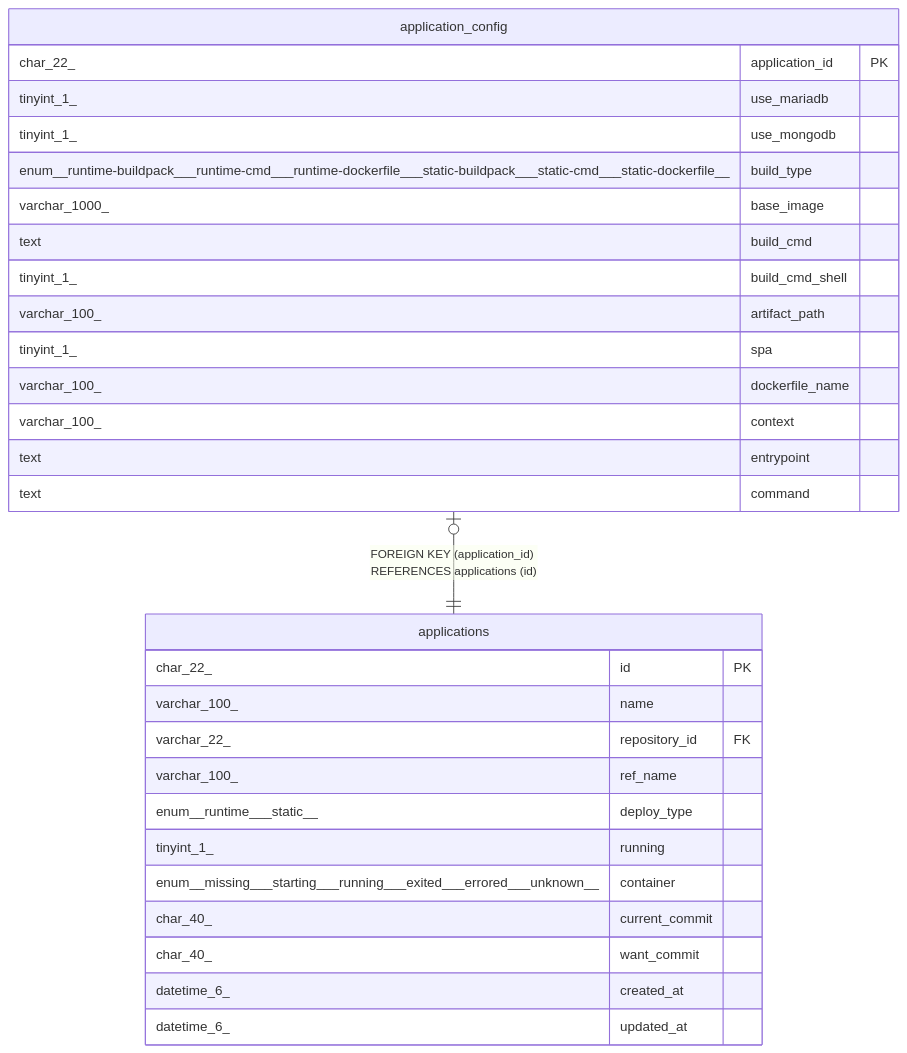
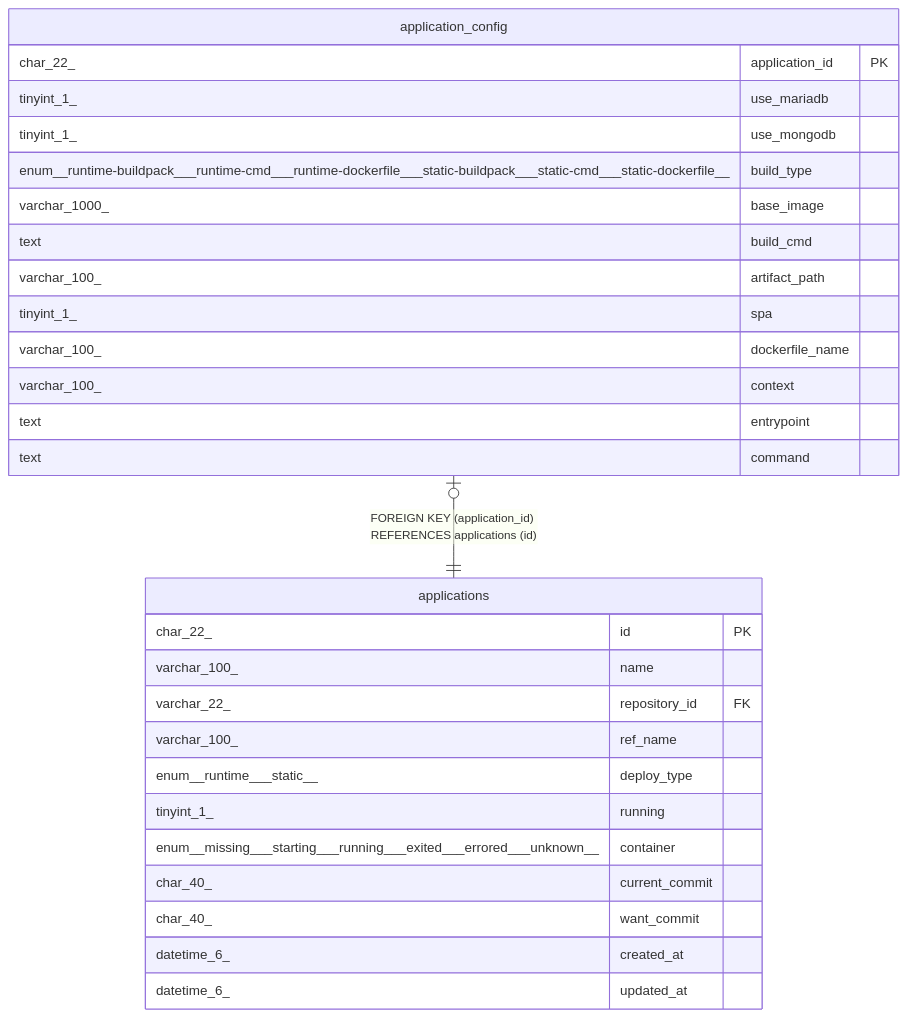
One commit to traPtitech/NeoShowcase changed the diagram in docs/dbschema/application_config.md. Above: the diagram before and after it, drawn with Mermaid. The commit also changed other lines of this file and 15 other files, not shown here.

Commit message:
remove build command shell option

````diff
--- a/docs/dbschema/application_config.md
+++ b/docs/dbschema/application_config.md
@@ -65,34 +63,33 @@
 ```mermaid
 erDiagram
 
 "application_config" |o--|| "applications" : "FOREIGN KEY (application_id) REFERENCES applications (id)"
 
 "application_config" {
   char_22_ application_id PK
   tinyint_1_ use_mariadb
   tinyint_1_ use_mongodb
   enum__runtime-buildpack___runtime-cmd___runtime-dockerfile___static-buildpack___static-cmd___static-dockerfile__ build_type
   varchar_1000_ base_image
   text build_cmd
-  tinyint_1_ build_cmd_shell
   varchar_100_ artifact_path
   tinyint_1_ spa
   varchar_100_ dockerfile_name
   varchar_100_ context
   text entrypoint
   text command
 }
 "applications" {
   char_22_ id PK
   varchar_100_ name
   varchar_22_ repository_id FK
   varchar_100_ ref_name
   enum__runtime___static__ deploy_type
   tinyint_1_ running
   enum__missing___starting___running___exited___errored___unknown__ container
   char_40_ current_commit
   char_40_ want_commit
   datetime_6_ created_at
   datetime_6_ updated_at
 }
 ```
````
